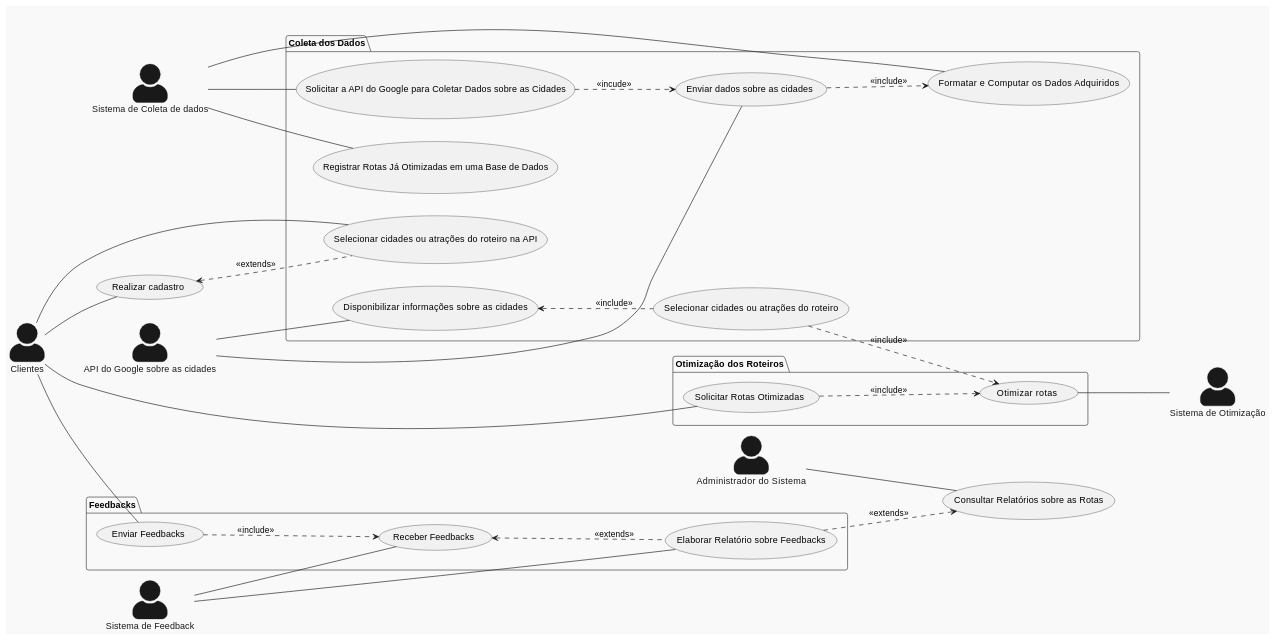
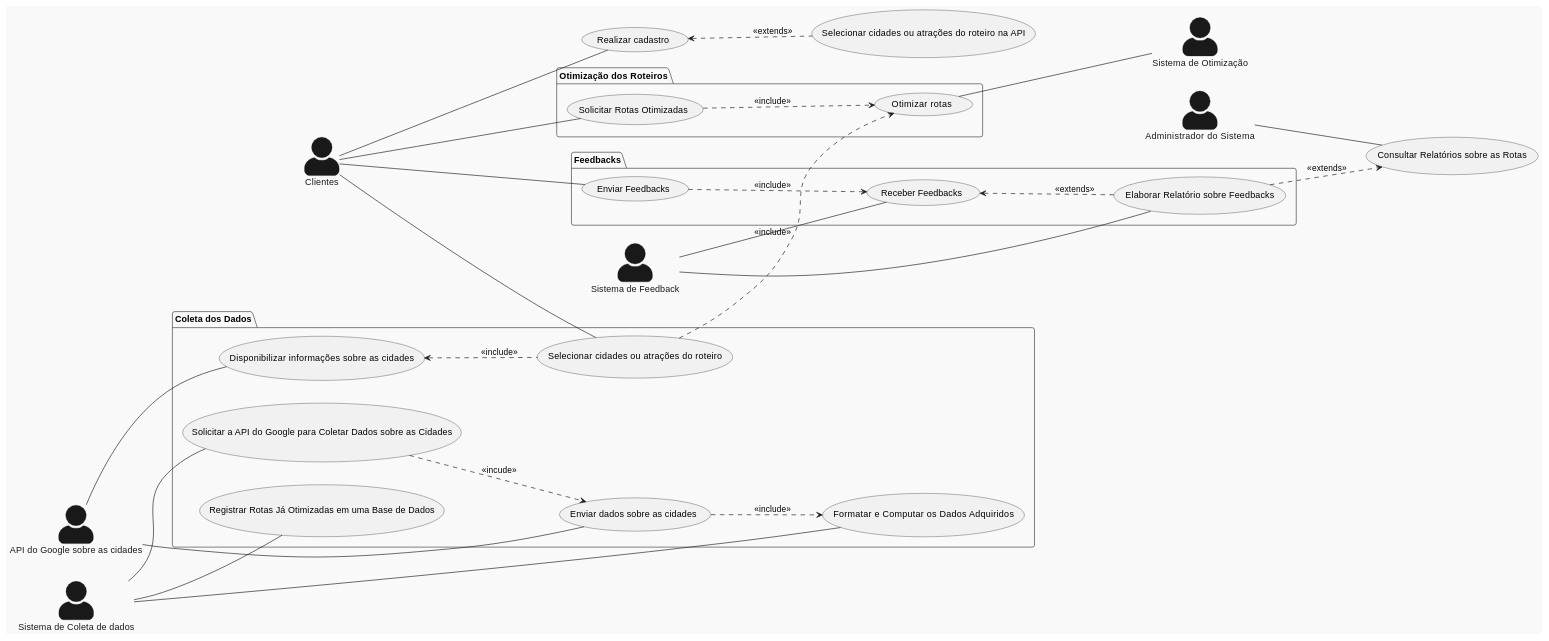
Before and after one commit to pedrodilallo/site_turismo_SIG: the diagram in Relatório/Semana-1/Diagramas/DCU.md, drawn with PlantUML. The commit also changed 1 other file, not shown here.

Commit message:
Mais correções DCU

```diff
--- a/Relatório/Semana-1/Diagramas/DCU.md
+++ b/Relatório/Semana-1/Diagramas/DCU.md
@@ -1,67 +1,67 @@
 @startuml
 skinparam actorStyle awesome
 !theme mars
 left to right direction
 
 actor "Clientes" as cliente
 actor "API do Google sobre as cidades" as API
 actor "Sistema de Otimização" as  otimizador
 actor "Administrador do Sistema" as sys_admin
 actor "Sistema de Feedback" as feedback
 actor "Sistema de Coleta de dados" as coletador
 
 cliente -- (Realizar cadastro)
 
 
 package "Coleta dos Dados"{
-cliente -- (Selecionar cidades ou atrações do roteiro na API)
+cliente -- (Selecionar cidades ou atrações do roteiro)
 
 coletador -- (Solicitar a API do Google para Coletar Dados sobre as Cidades)
 coletador -- (Registrar Rotas Já Otimizadas em uma Base de Dados)
 coletador -- (Formatar e Computar os Dados Adquiridos)
 API -- (Enviar dados sobre as cidades)
 API -- (Disponibilizar informações sobre as cidades)
 (Disponibilizar informações sobre as cidades) <.. (Selecionar cidades ou atrações do roteiro) : <<include>>
 
 
 
 }
 
 
 package "Otimização dos Roteiros"{
 cliente -- (Solicitar Rotas Otimizadas)
 (Otimizar rotas) -- otimizador 
 (Solicitar Rotas Otimizadas) ..> (Otimizar rotas) : <<include>>
 (Selecionar cidades ou atrações do roteiro) ..> (Otimizar rotas): <<include>>
 (Solicitar a API do Google para Coletar Dados sobre as Cidades) ..> (Enviar dados sobre as cidades) : <<incude>>
 
 
 }
 
 
 
 sys_admin -- (Consultar Relatórios sobre as Rotas)
 
 
 
 
 (Realizar cadastro) <.. (Selecionar cidades ou atrações do roteiro na API) : <<extends>>
 (Enviar dados sobre as cidades) ..> (Formatar e Computar os Dados Adquiridos) : <<include>>
 
 
 package "Feedbacks"{
 
 (Enviar Feedbacks) ..> (Receber Feedbacks) : <<include>>
 (Receber Feedbacks) <.. (Elaborar Relatório sobre Feedbacks) : <<extends>>
 (Elaborar Relatório sobre Feedbacks) ..> (Consultar Relatórios sobre as Rotas) : <<extends>>
 cliente -- (Enviar Feedbacks)
 feedback -- (Receber Feedbacks)
 feedback -- (Elaborar Relatório sobre Feedbacks)
 
 
 
 }
 
 
 
 @enduml
```
